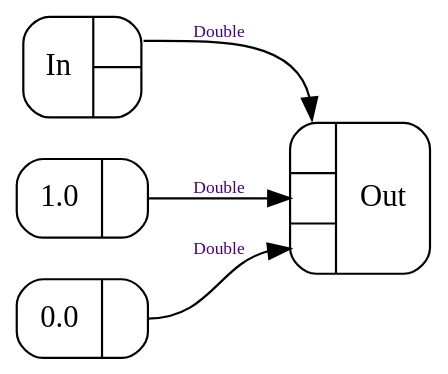
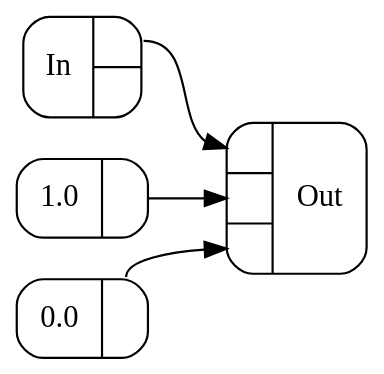
The diagram in Figures/fst-gradr.dot (conal/talk-2018-essence-of-ad), drawn with Graphviz before and after one commit. The commit also changed 3 other files, not shown here.

Commit message:
figure tweaks

```diff
--- a/Figures/fst-gradr.dot
+++ b/Figures/fst-gradr.dot
@@ -1,16 +1,16 @@
 digraph fst_gradr {
   margin=0
   compound=true
   rankdir=LR
   node [shape=Mrecord]
   edge [fontsize=8,fontcolor=indigo]
   bgcolor=transparent
   nslimit=20
   c0 [label="{In|{<Out0>|<Out1>}}"]
-  c1 [label="{1.0|{<Out0>}}"]
-  c2 [label="{0.0|{<Out0>}}"]
-  c3 [label="{{<In0>|<In1>|<In2>}|Out}"]
-  c0:Out0 -> c3:In0 [label="Double"]
-  c1:Out0 -> c3:In1 [label="Double"]
-  c2:Out0 -> c3:In2 [label="Double"]
+  c5 [label="{1.0|{<Out0>}}"]
+  c6 [label="{0.0|{<Out0>}}"]
+  c7 [label="{{<In0>|<In1>|<In2>}|Out}"]
+  c0:Out0 -> c7:In0 []
+  c5:Out0 -> c7:In1 []
+  c6:Out0 -> c7:In2 []
 }
```
